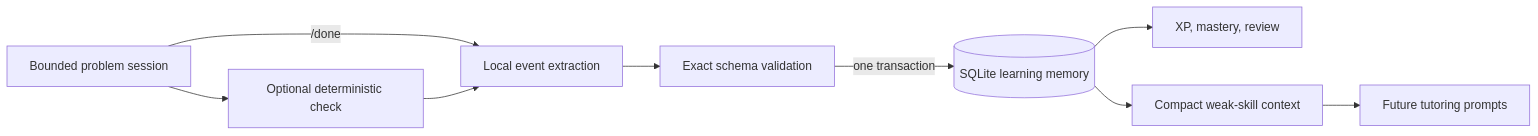
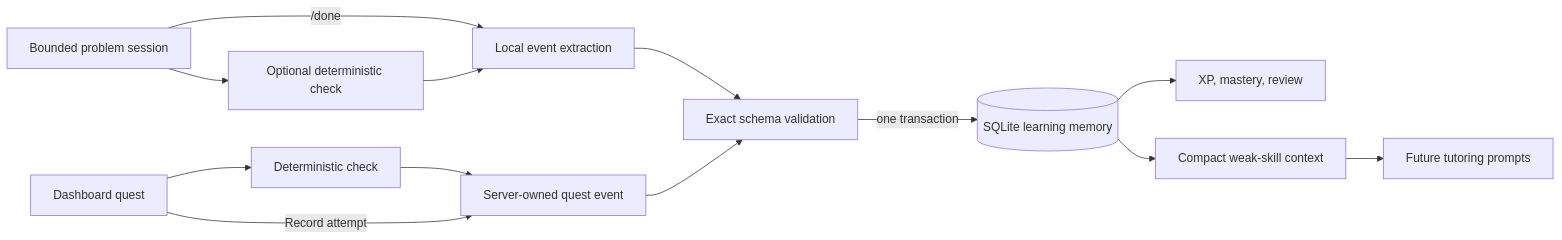
One commit to GizmosGarage/Sensei changed the diagram in docs/LEARNING_MEMORY.md. Above: the diagram before and after it, drawn with Mermaid. The commit also changed other lines of this file and 21 other files, not shown here.

````diff
--- a/docs/LEARNING_MEMORY.md
+++ b/docs/LEARNING_MEMORY.md
@@ -32,11 +34,15 @@
 ```mermaid
 flowchart LR
     Session[Bounded problem session] --> Verify[Optional deterministic check]
     Session -->|/done| Extract[Local event extraction]
     Verify --> Extract
+    Dashboard[Dashboard quest] --> Check[Deterministic check]
+    Check --> BrowserEvent[Server-owned quest event]
+    Dashboard -->|Record attempt| BrowserEvent
     Extract --> Validate[Exact schema validation]
+    BrowserEvent --> Validate
     Validate -->|one transaction| DB[(SQLite learning memory)]
     DB --> Progress[XP, mastery, review]
     DB --> Context[Compact weak-skill context]
     Context --> Future[Future tutoring prompts]
 ```
````
